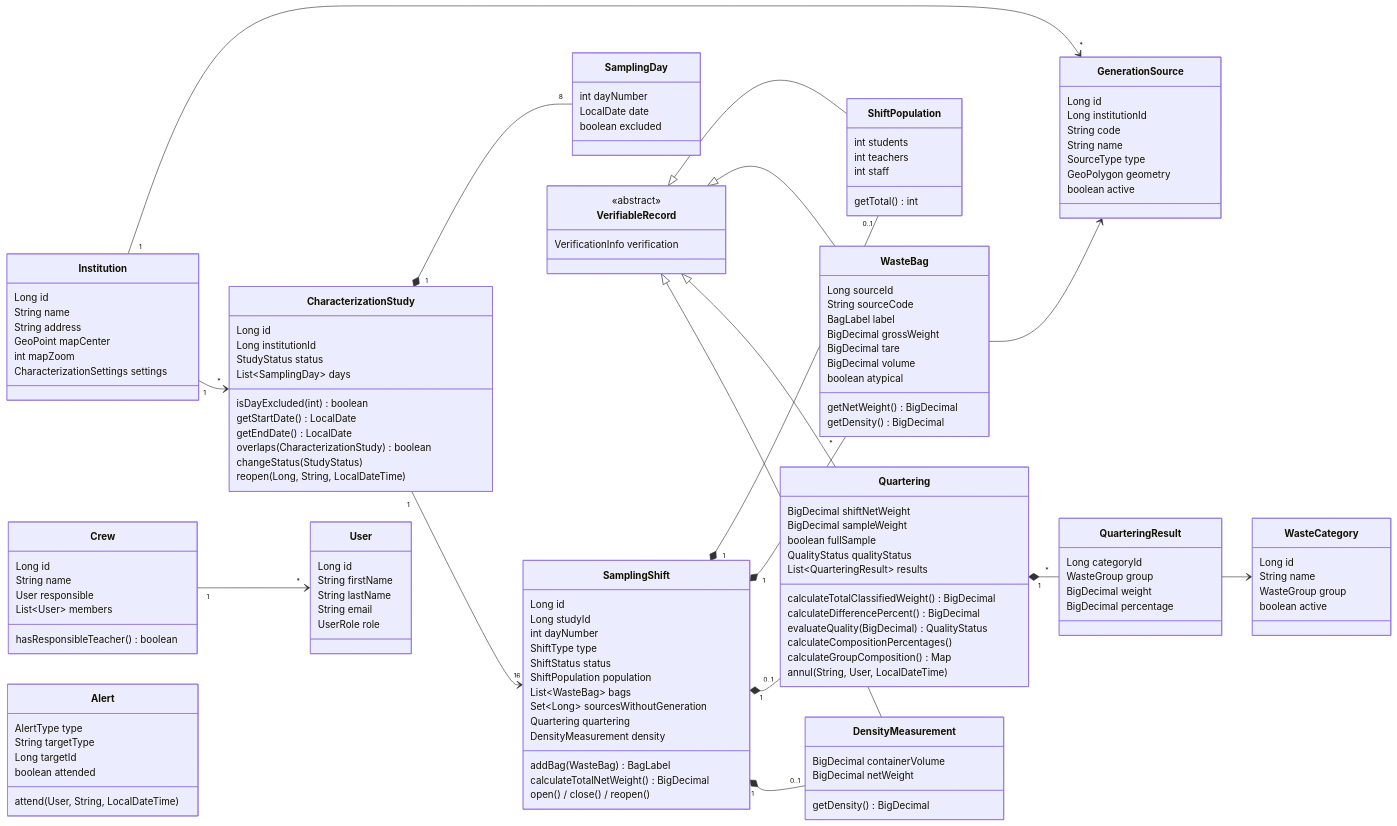
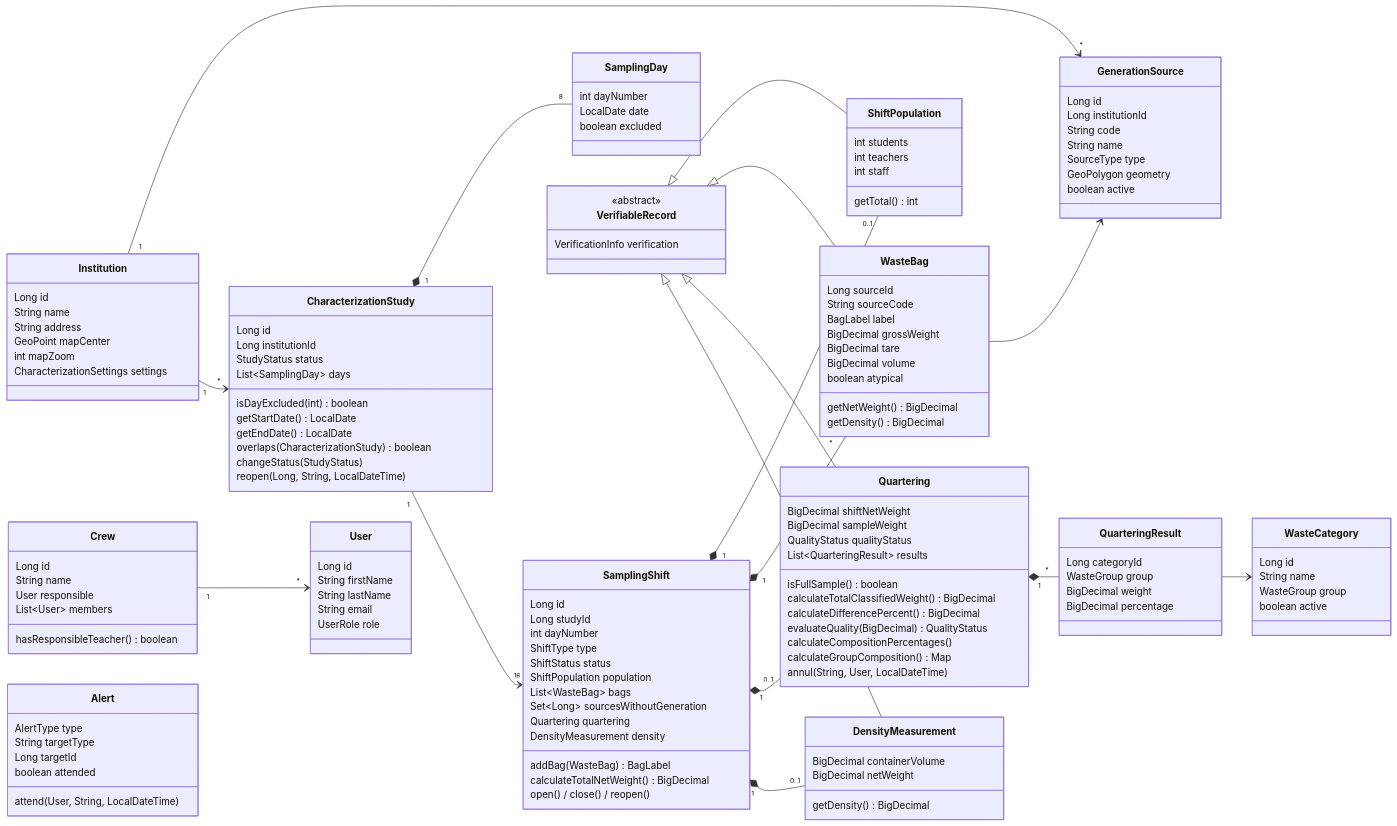
The diagram in specs/001-dominio-caracterizacion/plan.md (mlanderoc/EcoPoint-Edu), drawn with Mermaid before and after one commit. The commit also changed other lines of this file and 1 other file, not shown here.

Commit message:
docs: actualizar el plan con las firmas de QuarteringValidator y marcar T14 como terminada

```diff
--- a/specs/001-dominio-caracterizacion/plan.md
+++ b/specs/001-dominio-caracterizacion/plan.md
@@ -126,7 +126,7 @@
     class Quartering {
         BigDecimal shiftNetWeight
         BigDecimal sampleWeight
-        boolean fullSample
+        isFullSample() boolean
         QualityStatus qualityStatus
         List~QuarteringResult~ results
         calculateTotalClassifiedWeight() BigDecimal
```
